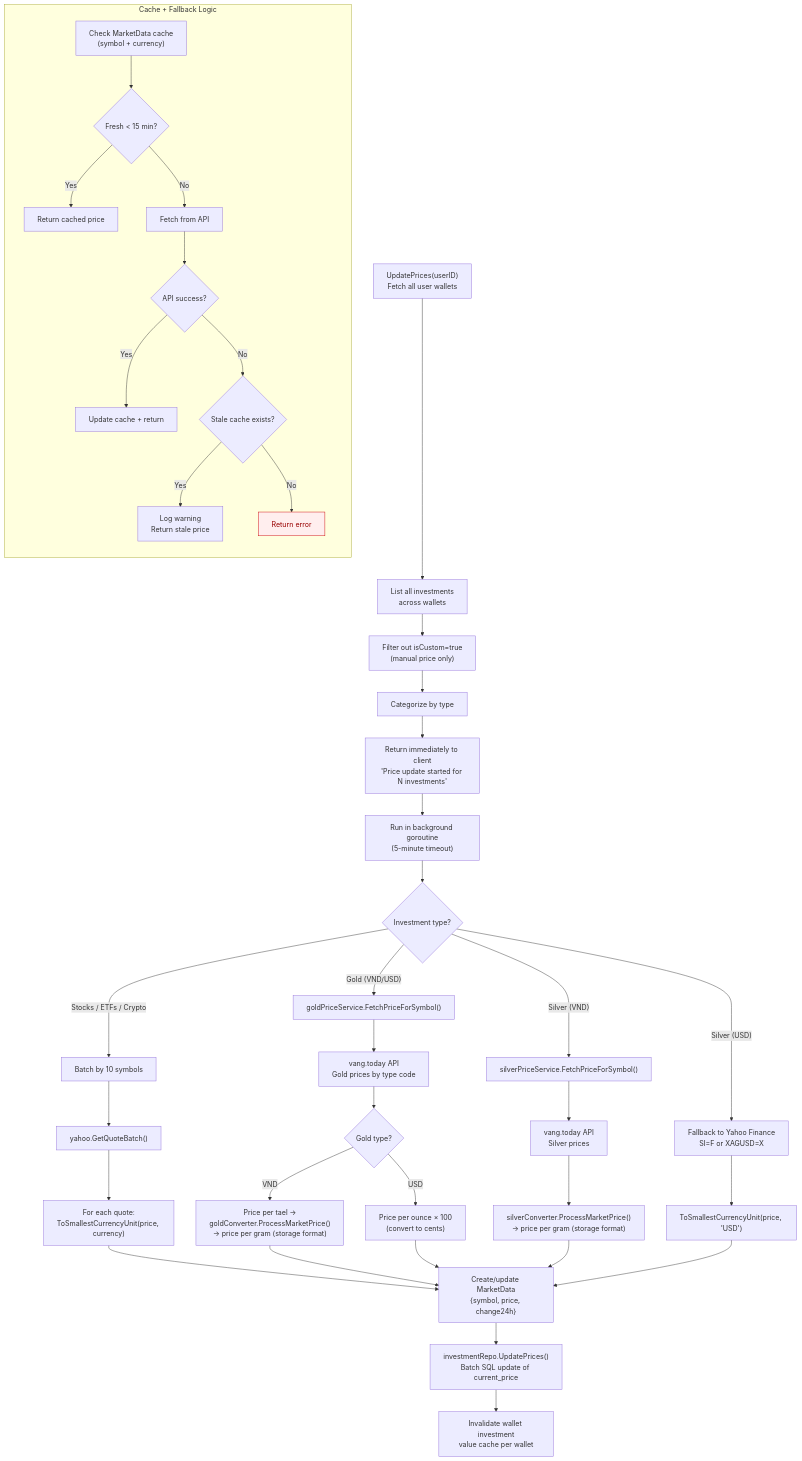
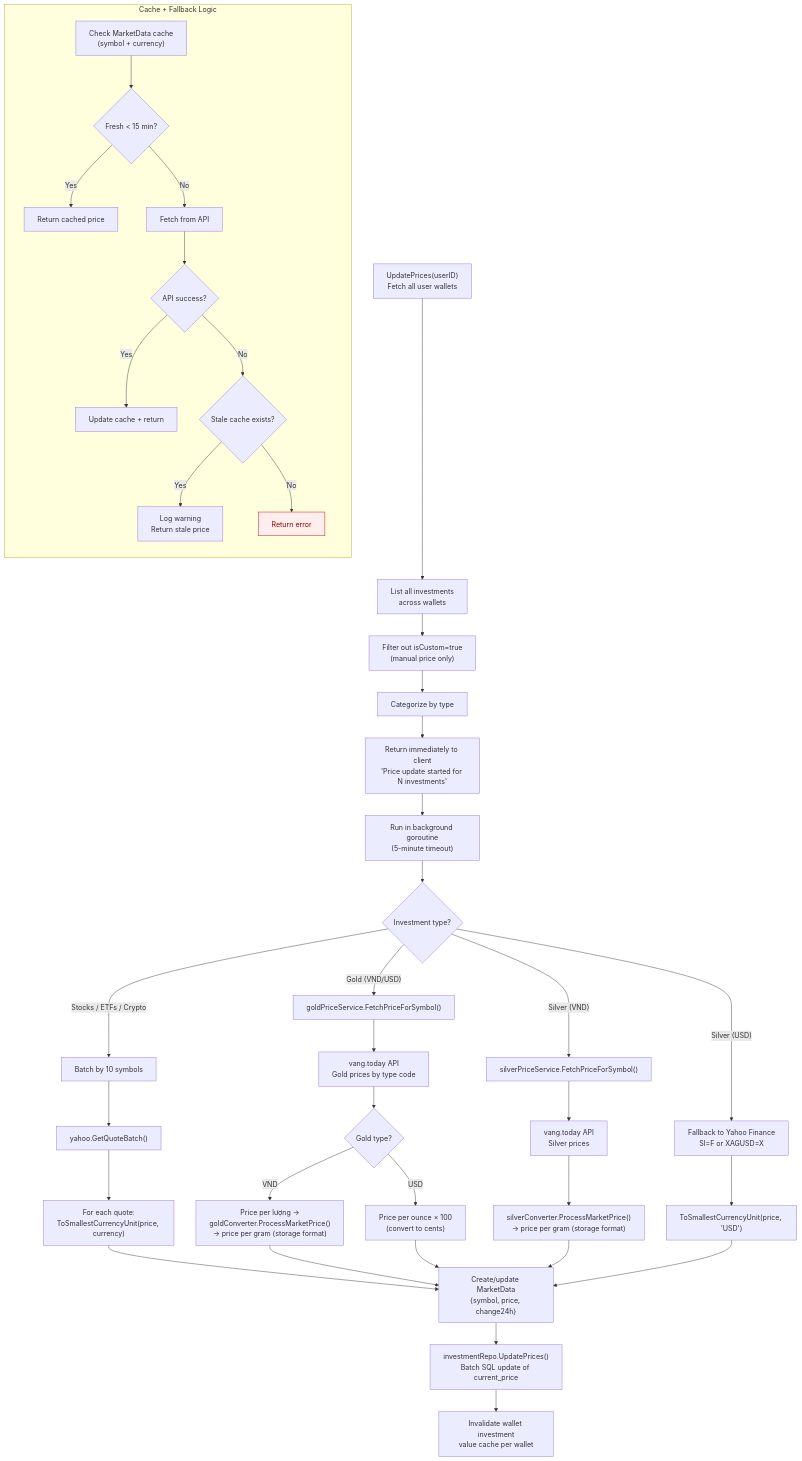
Before and after one commit to khanhnq1406/wealth-journey: the fifth of 8 diagrams in docs/architecture/flow-investment.md, drawn with Mermaid. The commit also changed other lines of this file and 11 other files, not shown here.

First line of the commit message:
feat(gold): replace tael with mace (chỉ) as VND gold display unit — backend + docs

````diff
--- a/docs/architecture/flow-investment.md
+++ b/docs/architecture/flow-investment.md
@@ -331,49 +331,49 @@
 ```mermaid
 flowchart TD
     A["UpdatePrices(userID)\nFetch all user wallets"] --> B["List all investments\nacross wallets"]
     B --> C["Filter out isCustom=true\n(manual price only)"]
     C --> D["Categorize by type"]
     D --> E["Return immediately to client\n'Price update started for N investments'"]
     E --> F["Run in background goroutine\n(5-minute timeout)"]
 
     F --> G{Investment type?}
 
     G -- "Stocks / ETFs / Crypto" --> H["Batch by 10 symbols"]
     H --> I["yahoo.GetQuoteBatch()"]
     I --> J["For each quote:\nToSmallestCurrencyUnit(price, currency)"]
     J --> K["Create/update MarketData\n{symbol, price, change24h}"]
 
     G -- "Gold (VND/USD)" --> L["goldPriceService.FetchPriceForSymbol()"]
     L --> M["vang.today API\nGold prices by type code"]
     M --> N{"Gold type?"}
-    N -- "VND" --> O["Price per tael →\ngoldConverter.ProcessMarketPrice()\n→ price per gram (storage format)"]
+    N -- "VND" --> O["Price per lượng →\ngoldConverter.ProcessMarketPrice()\n→ price per gram (storage format)"]
     N -- "USD" --> P["Price per ounce × 100\n(convert to cents)"]
     O --> K
     P --> K
 
     G -- "Silver (VND)" --> Q["silverPriceService.FetchPriceForSymbol()"]
     Q --> R["vang.today API\nSilver prices"]
     R --> S["silverConverter.ProcessMarketPrice()\n→ price per gram (storage format)"]
     S --> K
 
     G -- "Silver (USD)" --> T["Fallback to Yahoo Finance\nSI=F or XAGUSD=X"]
     T --> U["ToSmallestCurrencyUnit(price, 'USD')"]
     U --> K
 
     K --> V["investmentRepo.UpdatePrices()\nBatch SQL update of current_price"]
     V --> W["Invalidate wallet investment\nvalue cache per wallet"]
 
     subgraph CacheFallback["Cache + Fallback Logic"]
         direction TB
         CF1["Check MarketData cache\n(symbol + currency)"] --> CF2{Fresh < 15 min?}
         CF2 -- Yes --> CF3["Return cached price"]
         CF2 -- No --> CF4["Fetch from API"]
         CF4 --> CF5{API success?}
         CF5 -- Yes --> CF6["Update cache + return"]
         CF5 -- No --> CF7{Stale cache exists?}
         CF7 -- Yes --> CF8["Log warning\nReturn stale price"]
         CF7 -- No --> CF9["Return error"]:::error
     end
 
     classDef error fill:#fee,stroke:#c00,color:#900
 ```
````
